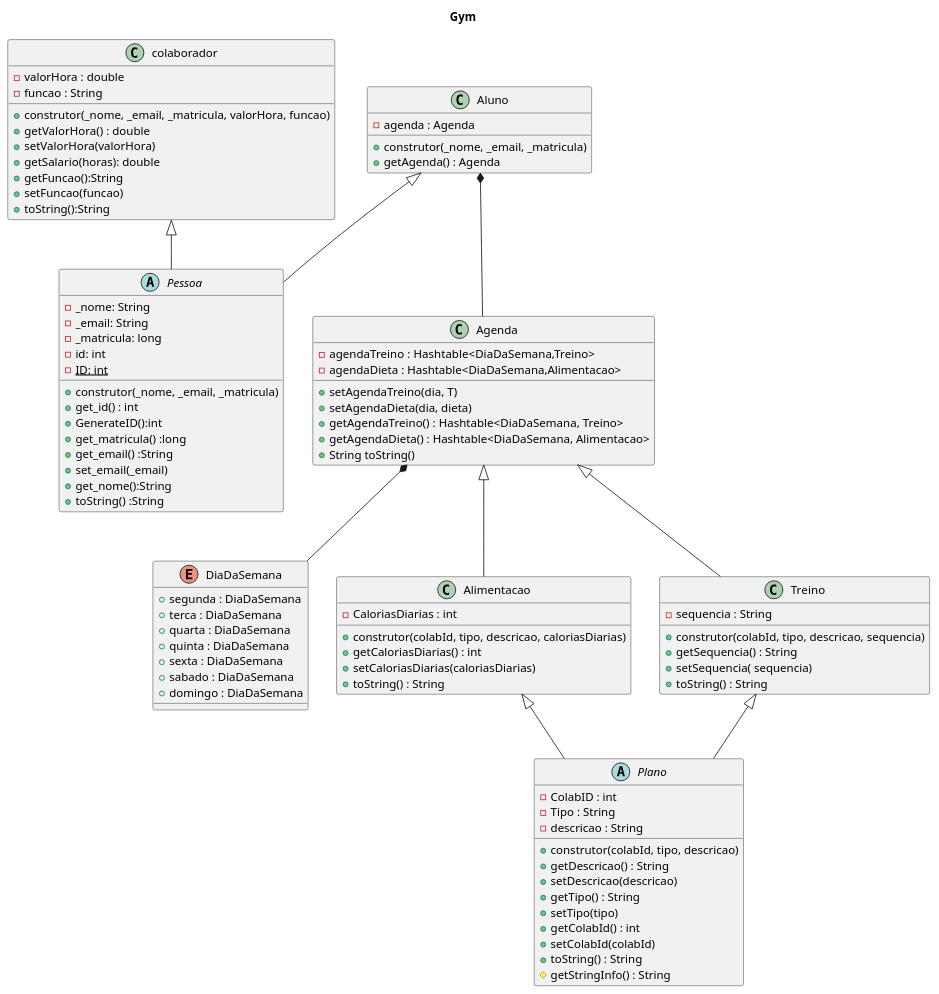
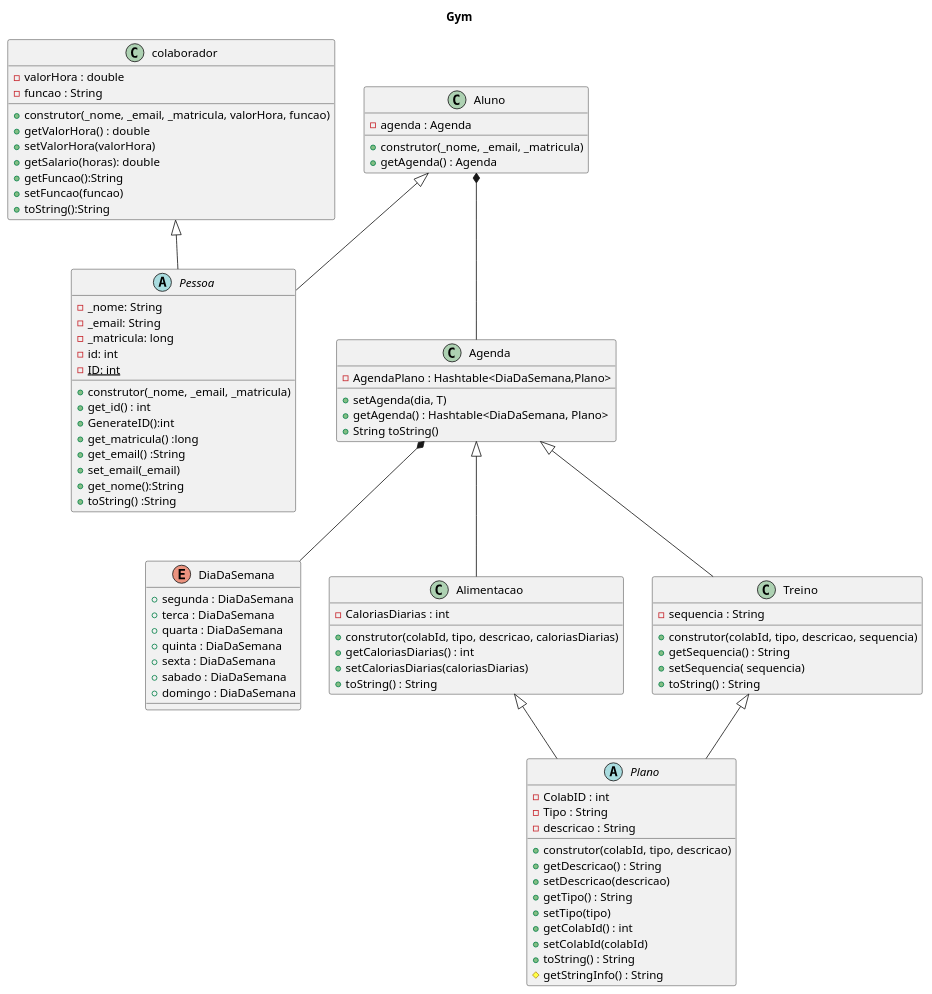
The diagram in POOGIM/Diagrama/diagrama.plantuml (chanbito/POO2021-2), drawn with PlantUML before and after one commit. The commit also changed 9 other files, not shown here.

```diff
--- a/POOGIM/Diagrama/diagrama.plantuml
+++ b/POOGIM/Diagrama/diagrama.plantuml
@@ -1,91 +1,88 @@
 @startuml Gym
 title Gym
 
 abstract class Pessoa {
     - _nome: String 
     - _email: String
     -  _matricula: long
     - id: int
     - {static} ID: int 
     + construtor(_nome, _email, _matricula)
     + get_id() : int
     + GenerateID():int
     + get_matricula() :long
     + get_email() :String
     + set_email(_email) 
     + get_nome():String
     + toString() :String
 }
 class Aluno {
     -agenda : Agenda 
     +construtor(_nome, _email, _matricula) 
     +getAgenda() : Agenda
 }
 class colaborador {
     - valorHora : double
     - funcao : String
     +construtor(_nome, _email, _matricula, valorHora, funcao)
     +getValorHora() : double
     +setValorHora(valorHora)
     +getSalario(horas): double
     +getFuncao():String
     +setFuncao(funcao)
     +toString():String
 }
 class Agenda {
-    - agendaTreino : Hashtable<DiaDaSemana,Treino>
-    - agendaDieta : Hashtable<DiaDaSemana,Alimentacao>
-    + setAgendaTreino(dia, T)
-    + setAgendaDieta(dia, dieta)
-    + getAgendaTreino() : Hashtable<DiaDaSemana, Treino>
-    + getAgendaDieta() : Hashtable<DiaDaSemana, Alimentacao>
+    - AgendaPlano : Hashtable<DiaDaSemana,Plano>
+    + setAgenda(dia, T)
+    + getAgenda() : Hashtable<DiaDaSemana, Plano>
     + String toString()
 }
 enum DiaDaSemana {
     +segunda : DiaDaSemana
     +terca : DiaDaSemana
     +quarta : DiaDaSemana
     +quinta : DiaDaSemana
     +sexta : DiaDaSemana
     +sabado : DiaDaSemana
     +domingo : DiaDaSemana
 }
 class Alimentacao {
     - CaloriasDiarias : int 
     + construtor(colabId, tipo, descricao, caloriasDiarias)
     + getCaloriasDiarias() : int 
     + setCaloriasDiarias(caloriasDiarias) 
     + toString() : String
 }
 abstract class Plano {
     - ColabID : int
     - Tipo : String 
     - descricao : String 
     + construtor(colabId, tipo, descricao)
     + getDescricao() : String 
     + setDescricao(descricao)
     + getTipo() : String 
     + setTipo(tipo)
     + getColabId() : int 
     + setColabId(colabId)
     + toString() : String 
     # getStringInfo() : String
 }
 class Treino {
     - sequencia : String
     + construtor(colabId, tipo, descricao, sequencia)
     + getSequencia() : String
     + setSequencia( sequencia)
     + toString() : String
 }
 
 Treino <|-- Plano
 Aluno <|-- Pessoa
 Agenda <|-- Treino
 Agenda <|-- Alimentacao
 colaborador <|-- Pessoa
 Agenda *-- DiaDaSemana
 Aluno *-- Agenda
 Alimentacao <|-- Plano
 
 @enduml
```
